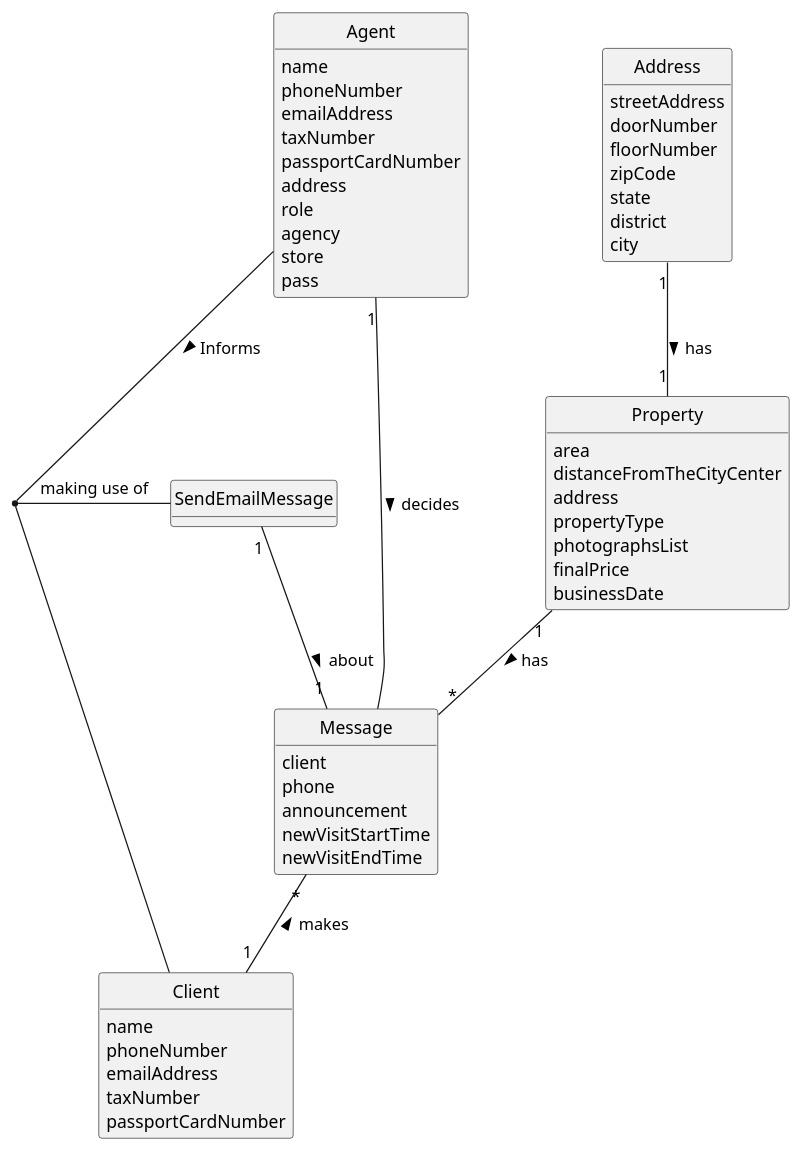
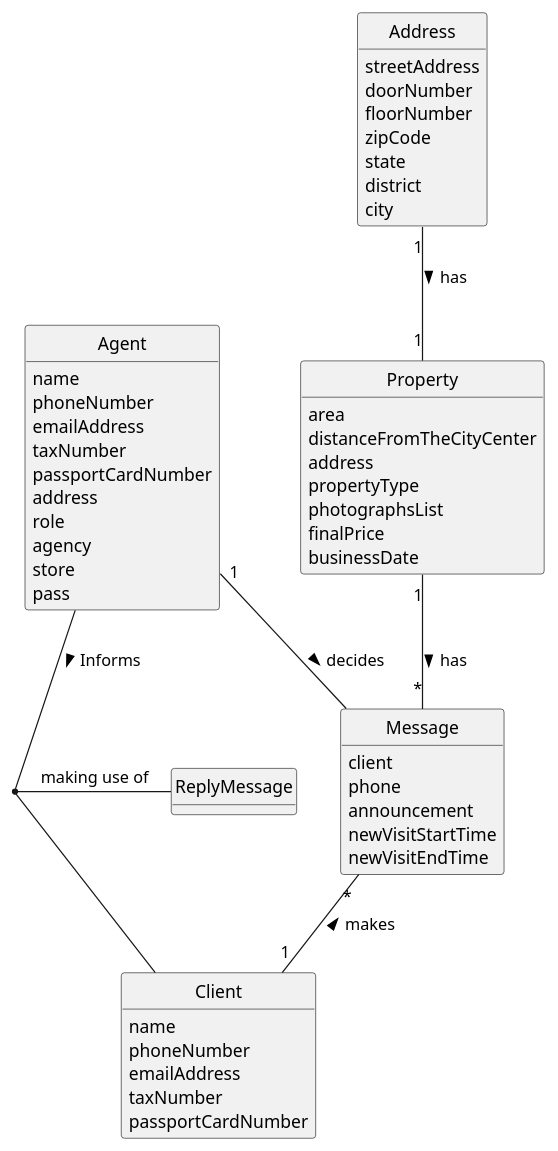
The diagram in docs/sprintD/us016/02.analysis/puml/us016-domain-model.puml (1220812/LAPR2), drawn with PlantUML before and after one commit. The commit also changed 6 other files, not shown here.

```diff
--- a/docs/sprintD/us016/02.analysis/puml/us016-domain-model.puml
+++ b/docs/sprintD/us016/02.analysis/puml/us016-domain-model.puml
@@ -1,82 +1,79 @@
 @startuml
 skinparam monochrome true
 skinparam packageStyle rectangle
 skinparam shadowing false
 
 'left to right direction
 
 skinparam classAttributeIconSize 0
 
 hide circle
 hide methods
 
 'title Domain Model
 
 'class Platform {
 '  -description
 '}
-
-class SendEmailMessage {
+class ReplyMessage{
 }
 
 class Agent {
     name
     phoneNumber
     emailAddress
     taxNumber
     passportCardNumber
     address
     role
     agency
     store
     pass
 }
 
 
 class Address {
      streetAddress
      doorNumber
      floorNumber
      zipCode
      state
      district
      city
 }
 
 class Client {
       name
       phoneNumber
       emailAddress
       taxNumber
       passportCardNumber
 }
 
 class Property {
        area
        distanceFromTheCityCenter
        address
        propertyType
        photographsList
        finalPrice
        businessDate
 }
 
 class Message {
     client
     phone
     announcement
     newVisitStartTime
     newVisitEndTime
 }
 
 
 Agent -- Client: Informs >
-(Agent, Client) -- SendEmailMessage: making use of
-
+(Agent, Client) -- ReplyMessage: making use of
 Property "1" -- "*" Message: has >
-SendEmailMessage "1" -- "1" Message: about >
 Agent "1" -- Message: decides >
 Message "*" -- "1" Client: makes <
 Address "1" -- "1" Property: has >
 
 @enduml
```
